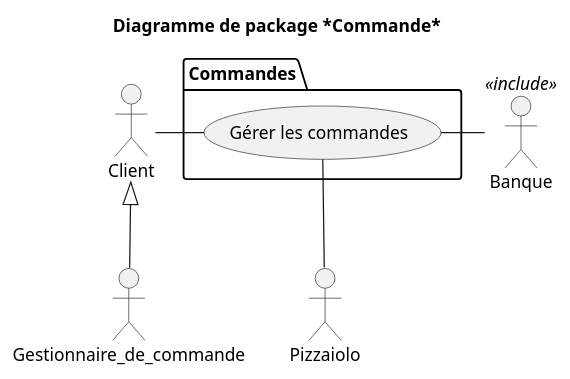
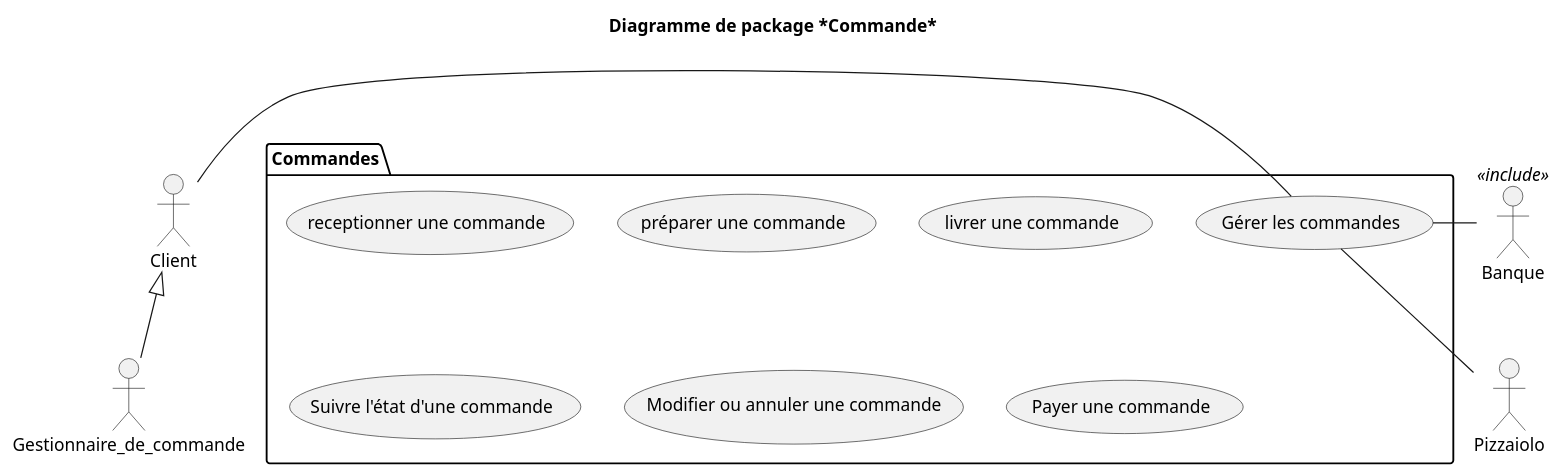
One commit to Zepmanbc/oc_dapython_pr4 changed the diagram in v3/uml/03_commande.puml. Above: the diagram before and after it, drawn with PlantUML. The commit also changed 59 other files, not shown here.

```diff
--- a/v3/uml/03_commande.puml
+++ b/v3/uml/03_commande.puml
@@ -1,20 +1,26 @@
 @startuml 03_commande
 title Diagramme de package *Commande*
 
 actor Gestionnaire_de_commande as GESTCMD
 actor Client as CUSTOMER
 actor Banque <<include>> as BANK
 actor Pizzaiolo as PZLO
 
 package Commandes{
     ' left to right direction
     (Gérer les commandes) as CMD
+    (receptionner une commande)
+    (préparer une commande)
+    (livrer une commande)
+    (Suivre l'état d'une commande)
+    (Modifier ou annuler une commande)
+    (Payer une commande)
 }
 
 CUSTOMER <|-- GESTCMD
 CUSTOMER - CMD
 CMD -- PZLO
 CMD - BANK
 
 
 @enduml
```
